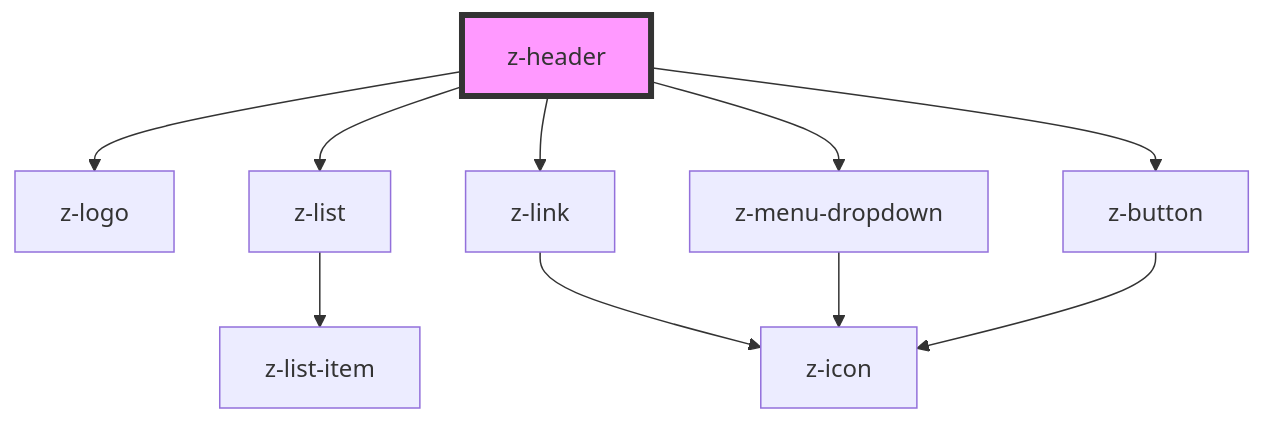
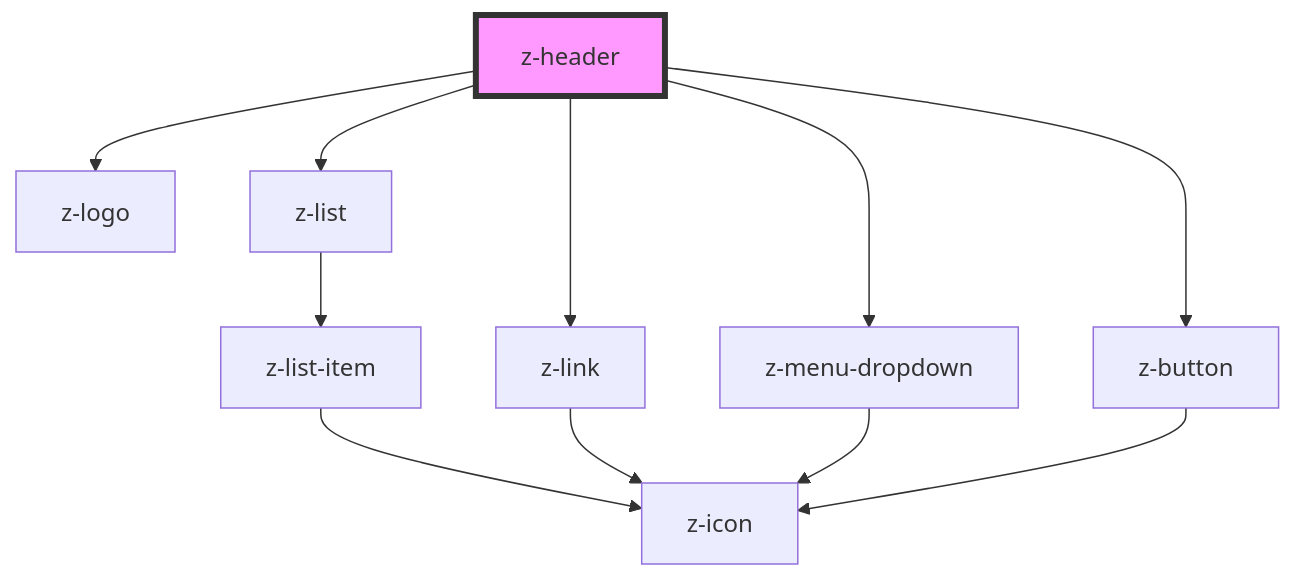
The diagram in web-components-library/src/components/z-header/readme.md (ZanichelliEditore/design-system), drawn with Mermaid before and after one commit. The commit also changed 7 other files, not shown here.

Commit message:
MYZ-6915 z-lilst-item icon

````diff
--- a/web-components-library/src/components/z-header/readme.md
+++ b/web-components-library/src/components/z-header/readme.md
@@ -30,13 +30,14 @@
 ```mermaid
 graph TD;
   z-header --> z-logo
   z-header --> z-list
   z-header --> z-link
   z-header --> z-menu-dropdown
   z-header --> z-button
   z-list --> z-list-item
+  z-list-item --> z-icon
   z-link --> z-icon
   z-menu-dropdown --> z-icon
   z-button --> z-icon
   style z-header fill:#f9f,stroke:#333,stroke-width:4px
 ```
````
